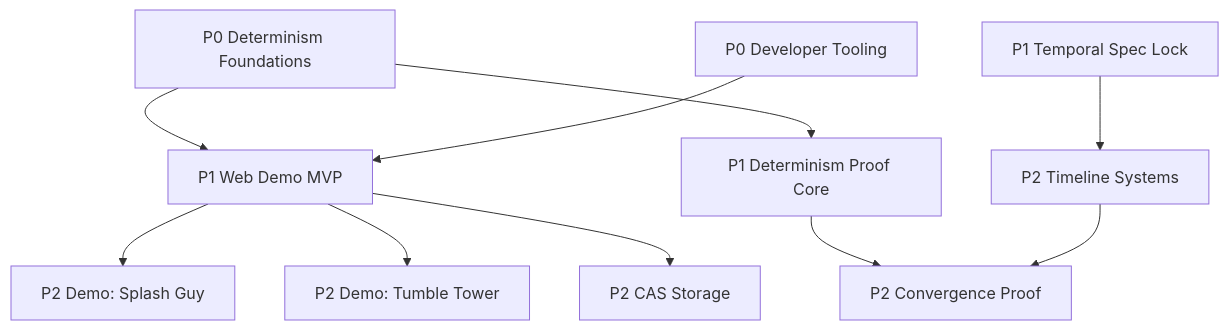
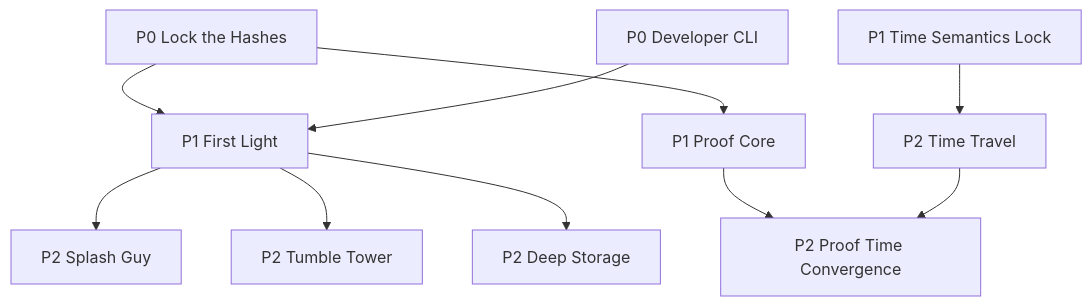
Before and after one commit to flyingrobots/echo: the diagram in docs/ROADMAP.md, drawn with Mermaid. The commit also changed other lines of this file and 127 other files, not shown here.

Commit message:
refactor(docs): split and sharpen roadmap milestone structure

````diff
--- a/docs/ROADMAP.md
+++ b/docs/ROADMAP.md
@@ -21,12 +22,12 @@
 ```mermaid
 flowchart TD
-  A["P0 Determinism Foundations"] --> C["P1 Web Demo MVP"]
-  A --> D["P1 Determinism Proof Core"]
-  B["P0 Developer Tooling"] --> C
-  E["P1 Temporal Spec Lock"] --> F["P2 Timeline Systems"]
-  D --> G["P2 Convergence Proof"]
+  A["P0 Lock the Hashes"] --> C["P1 First Light"]
+  A --> D["P1 Proof Core"]
+  B["P0 Developer CLI"] --> C
+  E["P1 Time Semantics Lock"] --> F["P2 Time Travel"]
+  D --> G["P2 Proof Time Convergence"]
   F --> G
-  C --> H["P2 Demo: Splash Guy"]
-  C --> I["P2 Demo: Tumble Tower"]
-  C --> J["P2 CAS Storage"]
+  C --> H["P2 Splash Guy"]
+  C --> I["P2 Tumble Tower"]
+  C --> J["P2 Deep Storage"]
 ```
````
